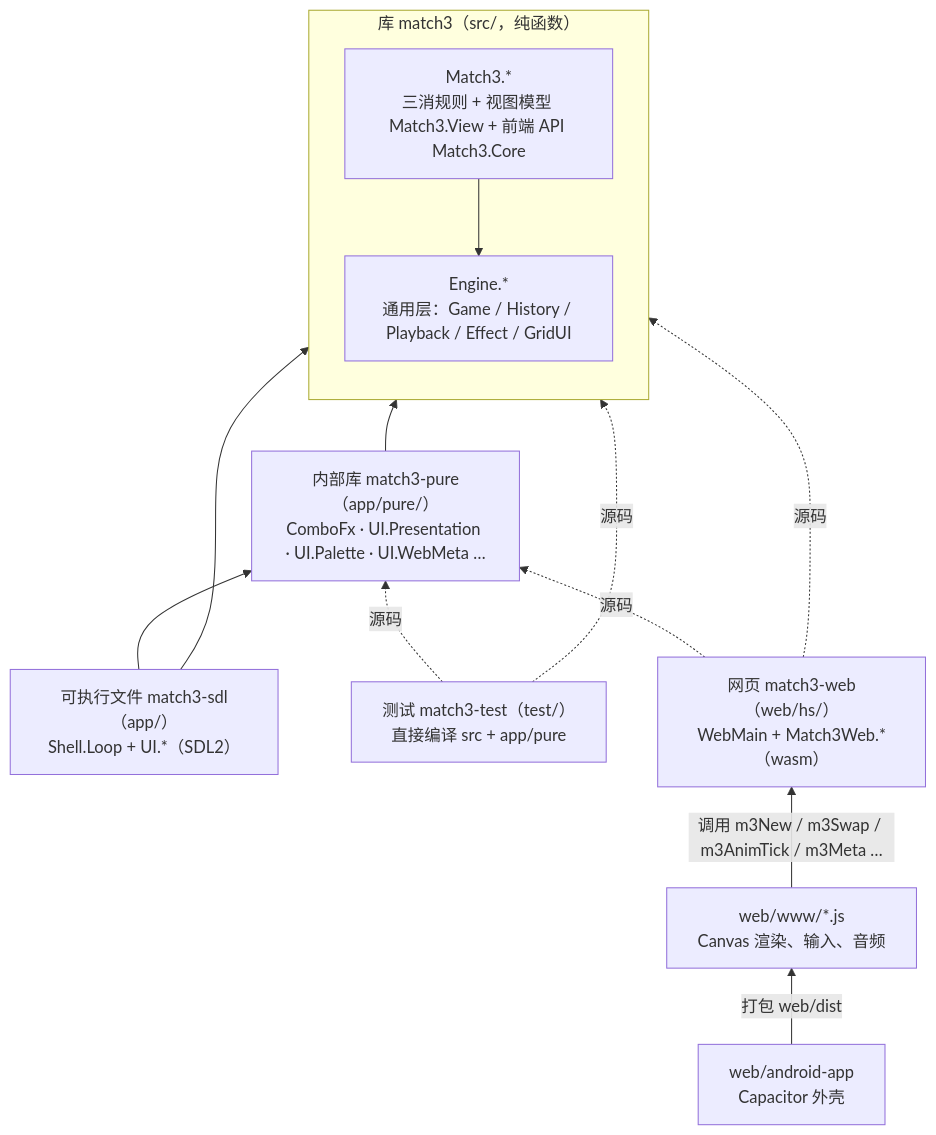
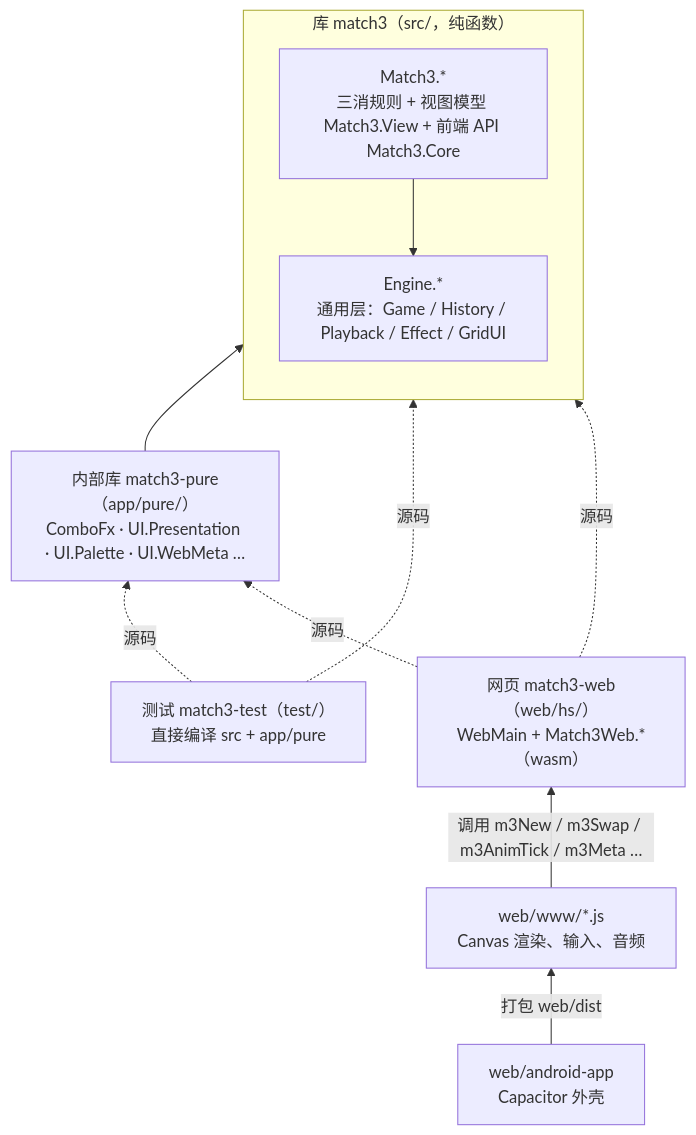
One commit to exsabersac/match3 changed the first of 2 diagrams in docs/guide/01-总览与阅读路线.md. Above: the diagram before and after it, drawn with Mermaid. The commit also changed other lines of this file and 27 other files, not shown here.

````diff
--- a/docs/guide/01-总览与阅读路线.md
+++ b/docs/guide/01-总览与阅读路线.md
@@ -59,24 +57,21 @@
 ```mermaid
 flowchart BT
   subgraph core["库 match3（src/，纯函数）"]
     Engine["Engine.*<br/>通用层：Game / History / Playback / Effect / GridUI"]
     M3["Match3.*<br/>三消规则 + 视图模型 Match3.View + 前端 API Match3.Core"]
     M3 --> Engine
   end
   Pure["内部库 match3-pure（app/pure/）<br/>ComboFx · UI.Presentation · UI.Palette · UI.WebMeta …"]
-  SDL["可执行文件 match3-sdl（app/）<br/>Shell.Loop + UI.*（SDL2）"]
   Test["测试 match3-test（test/）<br/>直接编译 src + app/pure"]
   Web["网页 match3-web（web/hs/）<br/>WebMain + Match3Web.*（wasm）"]
   JS["web/www/*.js<br/>Canvas 渲染、输入、音频"]
   APK["web/android-app<br/>Capacitor 外壳"]
 
   Pure --> core
-  SDL --> Pure
-  SDL --> core
   Test -. 源码 .-> core
   Test -. 源码 .-> Pure
   Web -. 源码 .-> core
   Web -. 源码 .-> Pure
   JS -->|"调用 m3New / m3Swap / m3AnimTick / m3Meta …"| Web
   APK -->|打包 web/dist| JS
 ```
````
